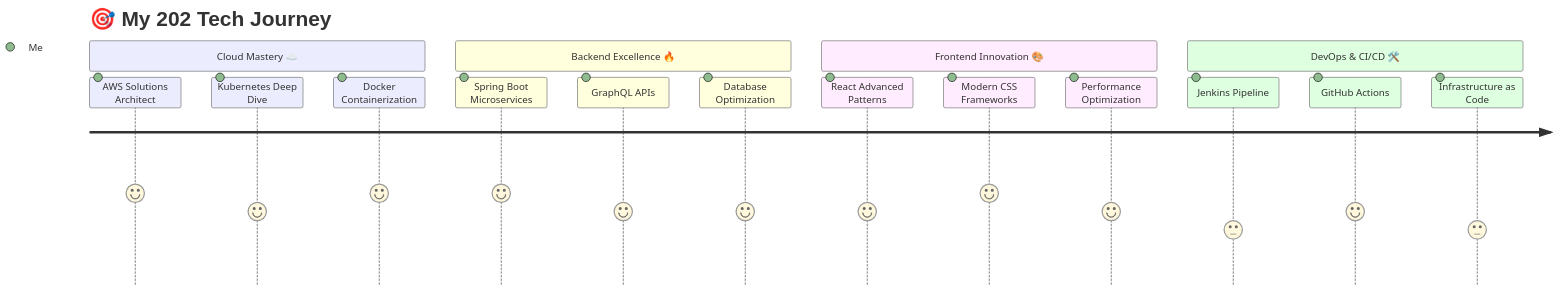
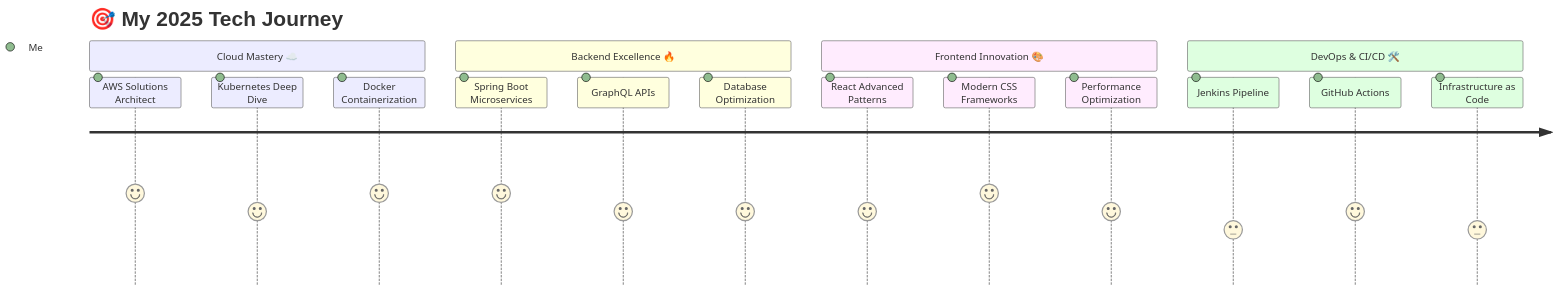
One commit to Hamza-01f/Hamza-01f changed the diagram in README.md. Above: the diagram before and after it, drawn with Mermaid.

````diff
--- a/README.md
+++ b/README.md
@@ -96,20 +96,20 @@
 ```mermaid
 journey
-    title 🎯 My 202 Tech Journey
+    title 🎯 My 2025 Tech Journey
     section Cloud Mastery ☁️
       AWS Solutions Architect: 5: Me
       Kubernetes Deep Dive: 4: Me
       Docker Containerization: 5: Me
     section Backend Excellence 🔥
       Spring Boot Microservices: 5: Me
       GraphQL APIs: 4: Me
       Database Optimization: 4: Me
     section Frontend Innovation 🎨
       React Advanced Patterns: 4: Me
       Modern CSS Frameworks: 5: Me
       Performance Optimization: 4: Me
     section DevOps & CI/CD 🛠️
       Jenkins Pipeline: 3: Me
       GitHub Actions: 4: Me
       Infrastructure as Code: 3: Me
  ```
````
